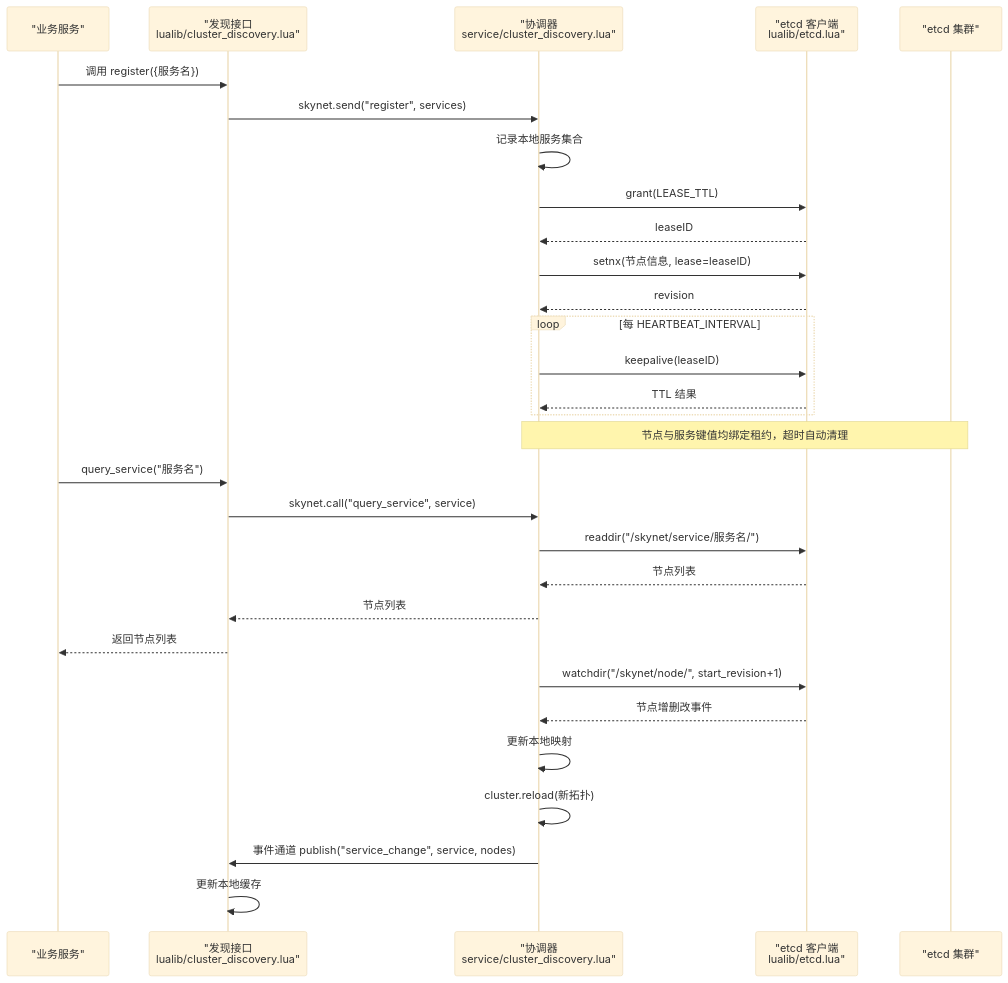
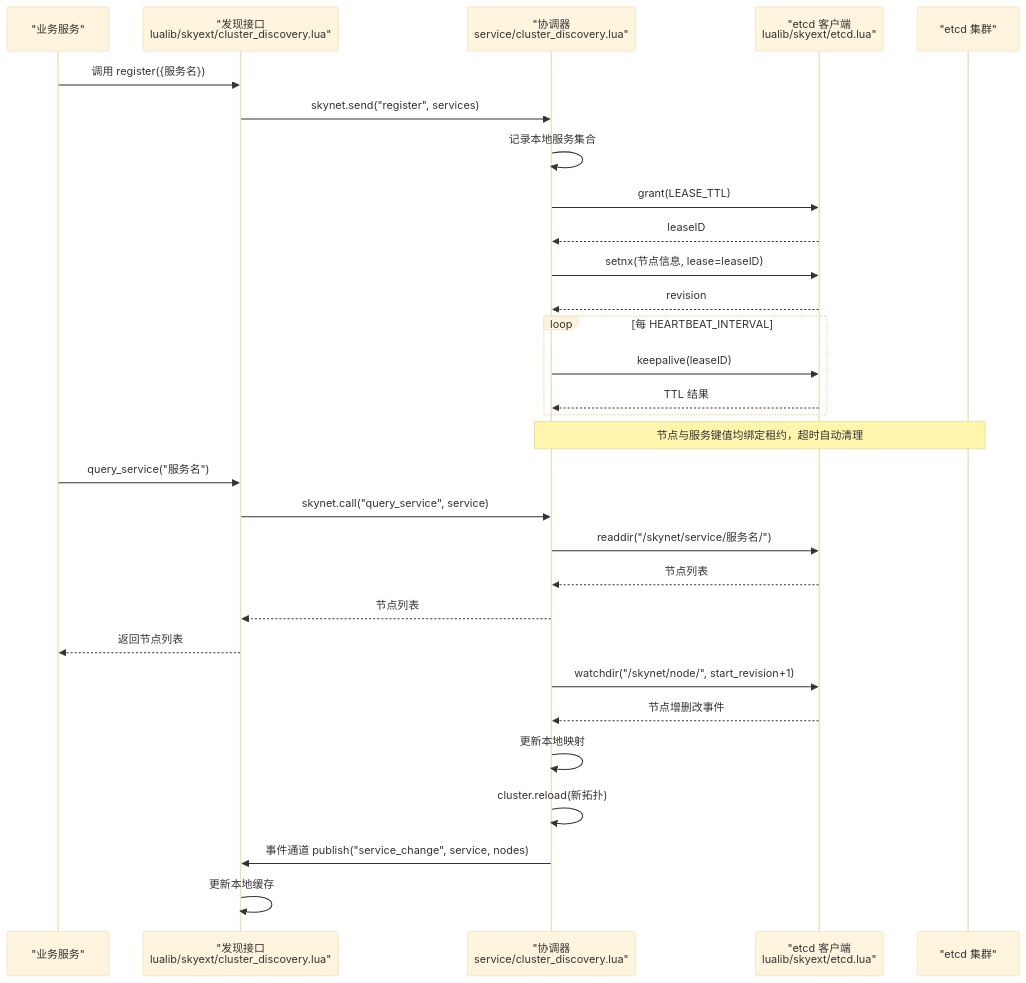
Before and after one commit to hanxi/skyext: the second of 6 diagrams in docs/repowiki/zh/content/架构设计/服务发现与治理.md, drawn with Mermaid (base theme). The commit also changed other lines of this file and 117 other files, not shown here.

````diff
--- a/docs/repowiki/zh/content/架构设计/服务发现与治理.md
+++ b/docs/repowiki/zh/content/架构设计/服务发现与治理.md
@@ -99,32 +99,32 @@
 ```mermaid
 sequenceDiagram
 participant App as "业务服务"
-participant Disc as "发现接口<br/>lualib/cluster_discovery.lua"
+participant Disc as "发现接口<br/>lualib/skyext/cluster_discovery.lua"
 participant Coord as "协调器<br/>service/cluster_discovery.lua"
-participant Etcd as "etcd 客户端<br/>lualib/etcd.lua"
+participant Etcd as "etcd 客户端<br/>lualib/skyext/etcd.lua"
 participant Store as "etcd 集群"
 App->>Disc : 调用 register({服务名})
 Disc->>Coord : skynet.send("register", services)
 Coord->>Coord : 记录本地服务集合
 Coord->>Etcd : grant(LEASE_TTL)
 Etcd-->>Coord : leaseID
 Coord->>Etcd : setnx(节点信息, lease=leaseID)
 Etcd-->>Coord : revision
 loop 每 HEARTBEAT_INTERVAL
 Coord->>Etcd : keepalive(leaseID)
 Etcd-->>Coord : TTL 结果
 end
 Note over Coord,Store : 节点与服务键值均绑定租约，超时自动清理
 App->>Disc : query_service("服务名")
 Disc->>Coord : skynet.call("query_service", service)
 Coord->>Etcd : readdir("/skynet/service/服务名/")
 Etcd-->>Coord : 节点列表
 Coord-->>Disc : 节点列表
 Disc-->>App : 返回节点列表
 Coord->>Etcd : watchdir("/skynet/node/", start_revision+1)
 Etcd-->>Coord : 节点增删改事件
 Coord->>Coord : 更新本地映射
 Coord->>Coord : cluster.reload(新拓扑)
 Coord->>Disc : 事件通道 publish("service_change", service, nodes)
 Disc->>Disc : 更新本地缓存
 ```
````
